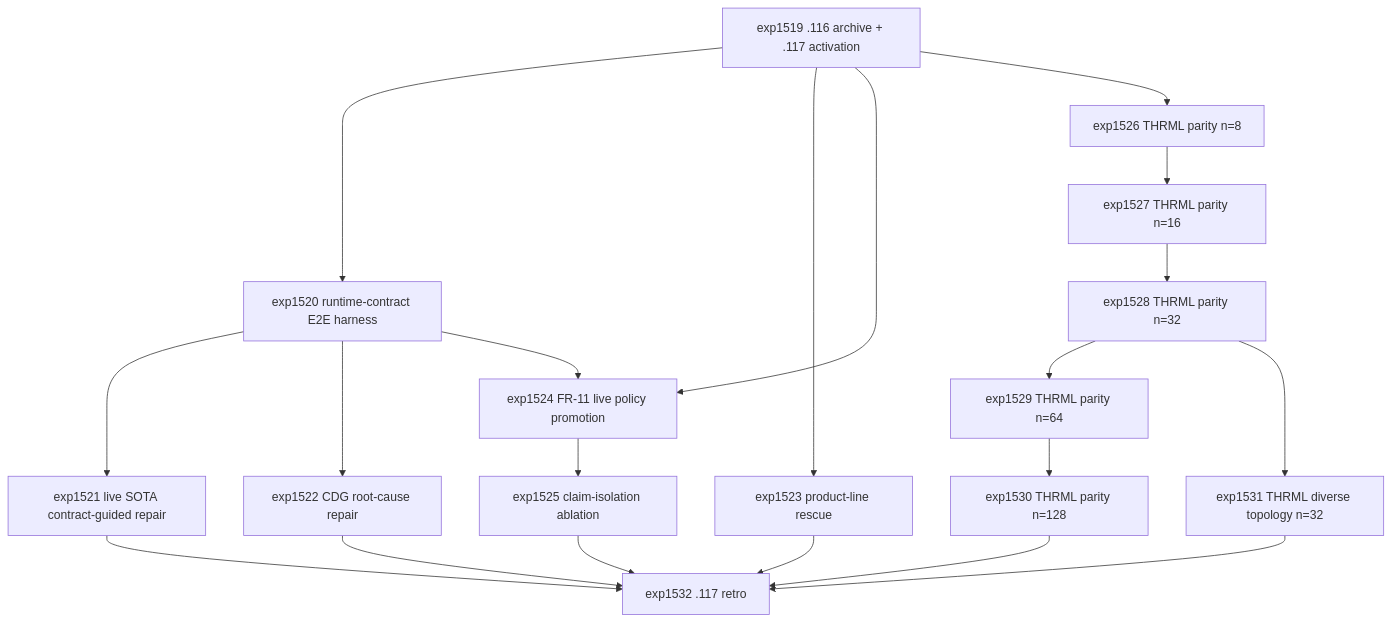
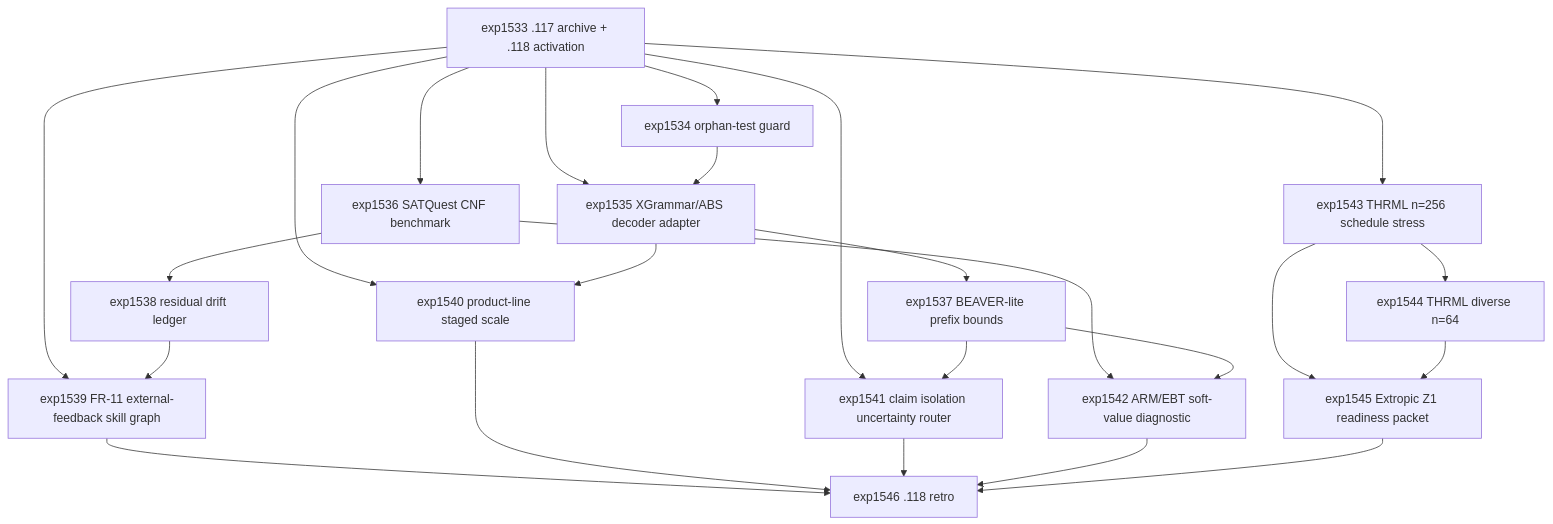
The diagram in openspec/change-proposals/research-roadmap-vNEXT.md (Carnot-EBM/carnot-ebm), drawn with Mermaid before and after one commit. The commit also changed other lines of this file and 5 other files, not shown here.

````diff
--- a/openspec/change-proposals/research-roadmap-vNEXT.md
+++ b/openspec/change-proposals/research-roadmap-vNEXT.md
@@ -154,37 +155,41 @@
 ```mermaid
 flowchart TD
-    E1519[exp1519 .116 archive + .117 activation]
-    E1520[exp1520 runtime-contract E2E harness]
-    E1521[exp1521 live SOTA contract-guided repair]
-    E1522[exp1522 CDG root-cause repair]
-    E1523[exp1523 product-line rescue]
-    E1524[exp1524 FR-11 live policy promotion]
-    E1525[exp1525 claim-isolation ablation]
-    E1526[exp1526 THRML parity n=8]
-    E1527[exp1527 THRML parity n=16]
-    E1528[exp1528 THRML parity n=32]
-    E1529[exp1529 THRML parity n=64]
-    E1530[exp1530 THRML parity n=128]
-    E1531[exp1531 THRML diverse topology n=32]
-    E1532[exp1532 .117 retro]
+    E1533[exp1533 .117 archive + .118 activation]
+    E1534[exp1534 orphan-test guard]
+    E1535[exp1535 XGrammar/ABS decoder adapter]
+    E1536[exp1536 SATQuest CNF benchmark]
+    E1537[exp1537 BEAVER-lite prefix bounds]
+    E1538[exp1538 residual drift ledger]
+    E1539[exp1539 FR-11 external-feedback skill graph]
+    E1540[exp1540 product-line staged scale]
+    E1541[exp1541 claim isolation uncertainty router]
+    E1542[exp1542 ARM/EBT soft-value diagnostic]
+    E1543[exp1543 THRML n=256 schedule stress]
+    E1544[exp1544 THRML diverse n=64]
+    E1545[exp1545 Extropic Z1 readiness packet]
+    E1546[exp1546 .118 retro]
 
-    E1519 --> E1520
-    E1520 --> E1521
-    E1520 --> E1522
-    E1519 --> E1523
-    E1519 --> E1524
-    E1520 --> E1524
-    E1524 --> E1525
-    E1519 --> E1526
-    E1526 --> E1527
-    E1527 --> E1528
-    E1528 --> E1529
-    E1529 --> E1530
-    E1528 --> E1531
-    E1521 --> E1532
-    E1522 --> E1532
-    E1523 --> E1532
-    E1525 --> E1532
-    E1530 --> E1532
-    E1531 --> E1532
+    E1533 --> E1534
+    E1533 --> E1535
+    E1534 --> E1535
+    E1533 --> E1536
+    E1535 --> E1537
+    E1536 --> E1538
+    E1533 --> E1539
+    E1538 --> E1539
+    E1533 --> E1540
+    E1535 --> E1540
+    E1533 --> E1541
+    E1537 --> E1541
+    E1536 --> E1542
+    E1537 --> E1542
+    E1533 --> E1543
+    E1543 --> E1544
+    E1543 --> E1545
+    E1544 --> E1545
+    E1539 --> E1546
+    E1540 --> E1546
+    E1541 --> E1546
+    E1542 --> E1546
+    E1545 --> E1546
 ```
````
